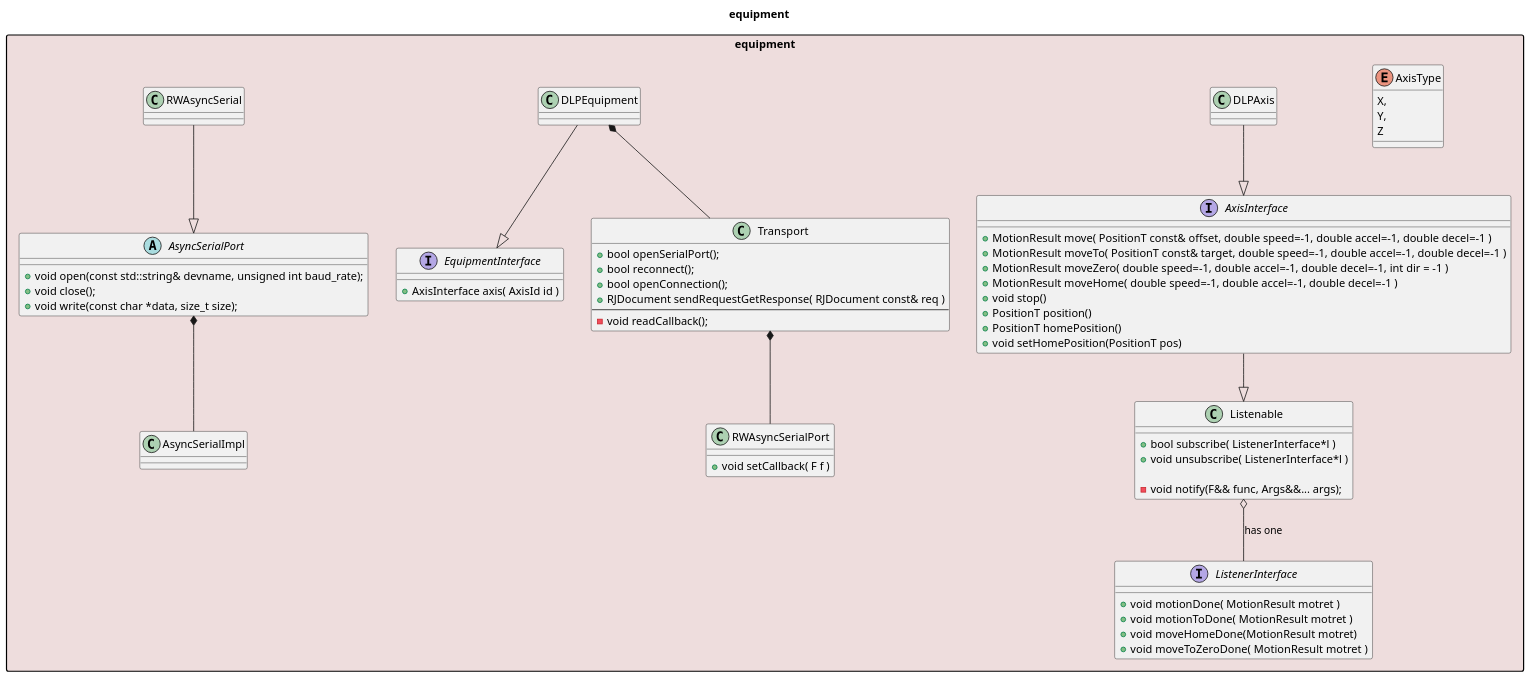
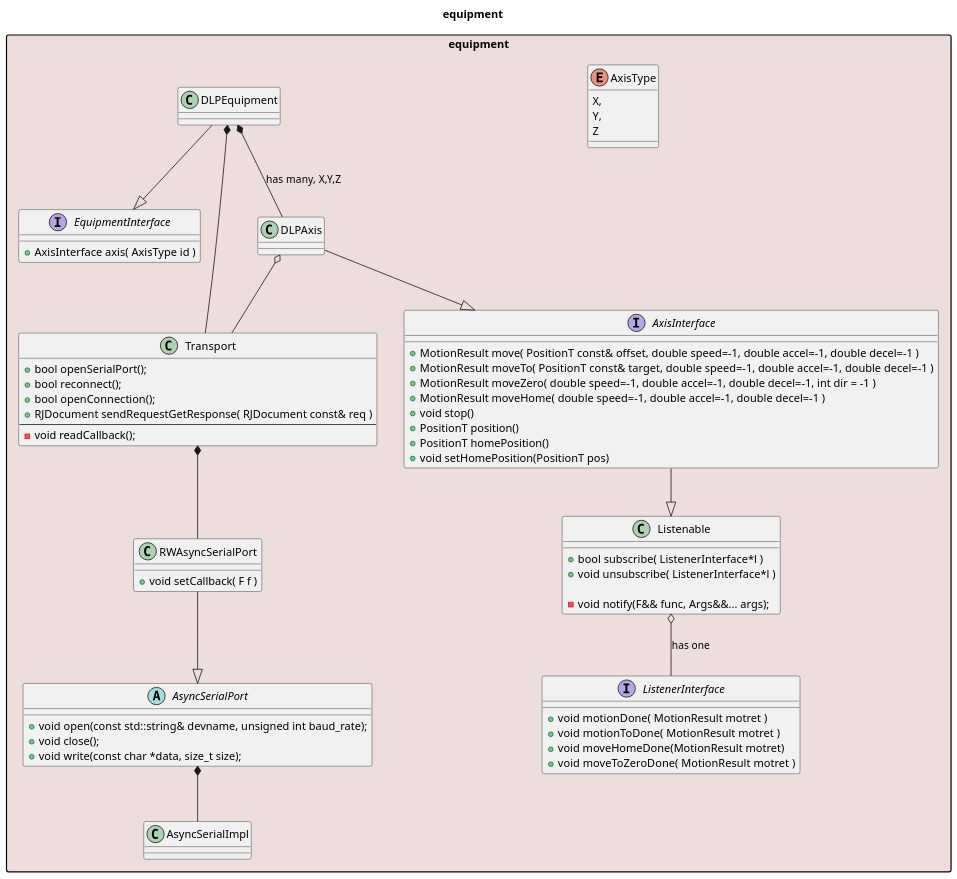
Before and after one commit to Strateam3D/control-board-proxy: the diagram in doc/equipment.puml, drawn with PlantUML. The commit also changed 1 other file, not shown here.

```diff
--- a/doc/equipment.puml
+++ b/doc/equipment.puml
@@ -1,82 +1,84 @@
-@startuml
+@startuml equipment
 skinparam packageStyle rectangle
 skinparam noteFontSize 9
 scale 1.333
 
 set namespaceSeparator ::
 
 
 title equipment
 
 
 namespace equipment #EEDDDD {
     enum AxisType{
         X,
         Y,
         Z
     }
 
     interface EquipmentInterface{
-        + AxisInterface axis( AxisId id )
+        + AxisInterface axis( AxisType id )
     }
 
     class Listenable{
         + bool subscribe( ListenerInterface*l )
         + void unsubscribe( ListenerInterface*l )
 
         - void notify(F&& func, Args&&... args);
     }
 
     interface ListenerInterface{
         + void motionDone( MotionResult motret )
         + void motionToDone( MotionResult motret )
         + void moveHomeDone(MotionResult motret)
         + void moveToZeroDone( MotionResult motret )
     }
 
     interface AxisInterface{
         + MotionResult move( PositionT const& offset, double speed=-1, double accel=-1, double decel=-1 )
         + MotionResult moveTo( PositionT const& target, double speed=-1, double accel=-1, double decel=-1 )
         + MotionResult moveZero( double speed=-1, double accel=-1, double decel=-1, int dir = -1 )
         + MotionResult moveHome( double speed=-1, double accel=-1, double decel=-1 )
         + void stop()
         + PositionT position()
         + PositionT homePosition()
         + void setHomePosition(PositionT pos)
     }
 
     abstract class AsyncSerialPort{
         +  void open(const std::string& devname, unsigned int baud_rate);
         + void close();
         + void write(const char *data, size_t size);
 
     }
 
     class RWAsyncSerialPort{
         + void setCallback( F f )
     }
 
     class Transport{
         + bool openSerialPort();
         + bool reconnect();
         + bool openConnection();
         + RJDocument sendRequestGetResponse( RJDocument const& req )
         --
         - void readCallback();
     }
 
     Listenable o-- ListenerInterface : has one
     DLPAxis --|> AxisInterface
     DLPEquipment --|> EquipmentInterface
+    DLPEquipment *-- DLPAxis : has many, X,Y,Z
     AxisInterface --|> Listenable
     AsyncSerialPort *-- AsyncSerialImpl
-    RWAsyncSerial --|> AsyncSerialPort
+    RWAsyncSerialPort --|> AsyncSerialPort
     DLPEquipment *-- Transport
+    DLPAxis o-- Transport
     Transport *-- RWAsyncSerialPort
 }
 
 
 
 
 
 @enduml
```
